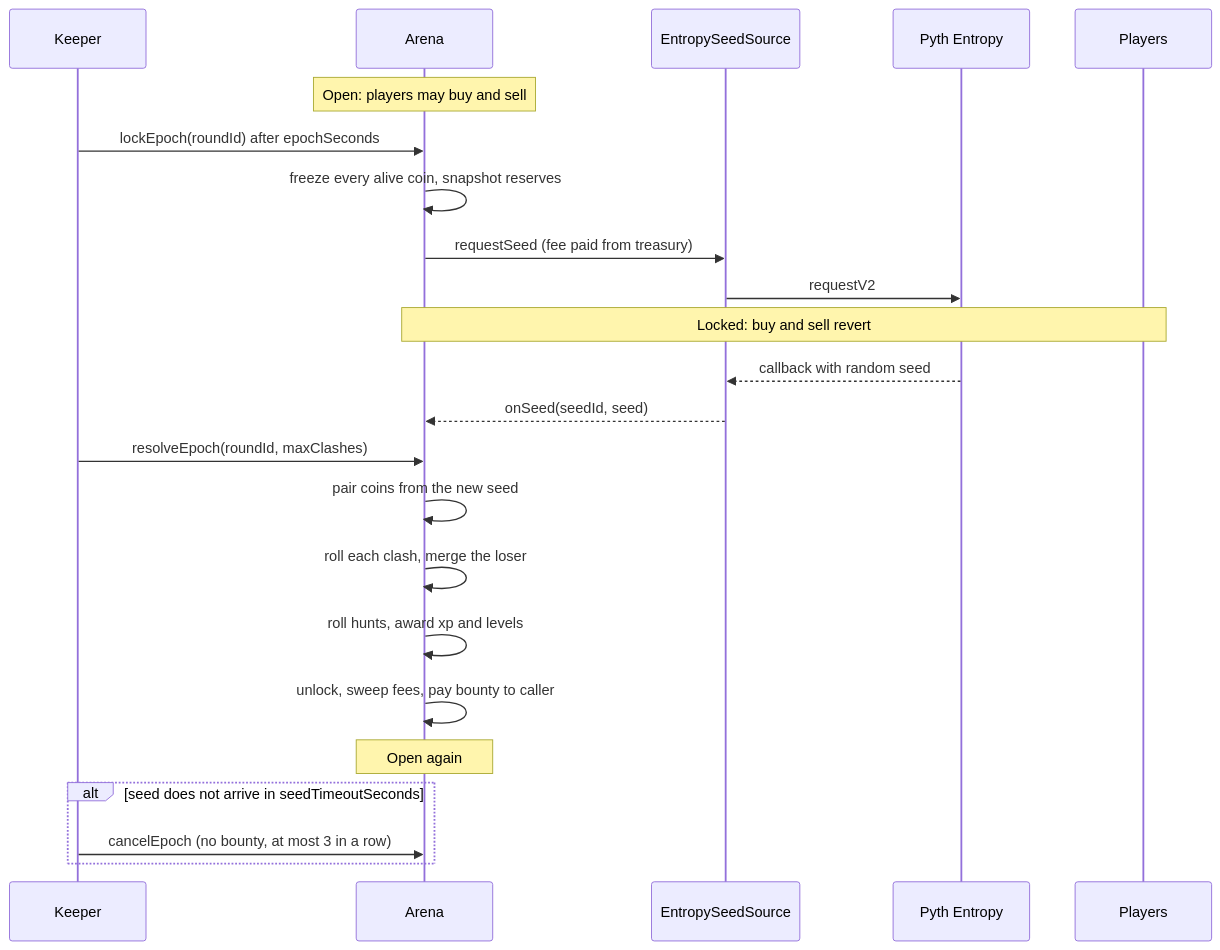
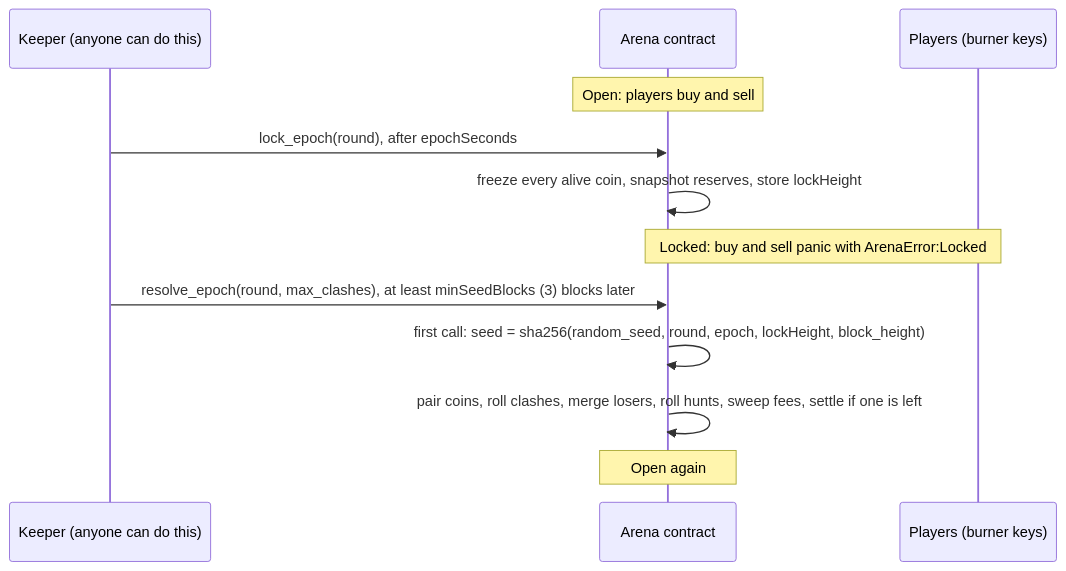
Before and after one commit to Candra0x6/fera.fun: the second of 2 diagrams in README.md, drawn with Mermaid. The commit also changed other lines of this file and 1 other file, not shown here.

````diff
--- a/README.md
+++ b/README.md
@@ -204,25 +148,14 @@
 ```mermaid
 sequenceDiagram
-  participant K as Keeper
-  participant A as Arena
-  participant S as EntropySeedSource
-  participant E as Pyth Entropy
-  participant P as Players
-  Note over A: Open: players may buy and sell
-  K->>A: lockEpoch(roundId)  after epochSeconds
-  A->>A: freeze every alive coin, snapshot reserves
-  A->>S: requestSeed (fee paid from treasury)
-  S->>E: requestV2
-  Note over P,A: Locked: buy and sell revert
-  E-->>S: callback with random seed
-  S-->>A: onSeed(seedId, seed)
-  K->>A: resolveEpoch(roundId, maxClashes)
-  A->>A: pair coins from the new seed
-  A->>A: roll each clash, merge the loser
-  A->>A: roll hunts, award xp and levels
-  A->>A: unlock, sweep fees, pay bounty to caller
+  participant K as Keeper (anyone can do this)
+  participant A as Arena contract
+  participant P as Players (burner keys)
+  Note over A: Open: players buy and sell
+  K->>A: lock_epoch(round), after epochSeconds
+  A->>A: freeze every alive coin, snapshot reserves, store lockHeight
+  Note over P,A: Locked: buy and sell panic with ArenaError:Locked
+  K->>A: resolve_epoch(round, max_clashes), at least minSeedBlocks (3) blocks later
+  A->>A: first call: seed = sha256(random_seed, round, epoch, lockHeight, block_height)
+  A->>A: pair coins, roll clashes, merge losers, roll hunts, sweep fees, settle if one is left
   Note over A: Open again
-  alt seed does not arrive in seedTimeoutSeconds
-    K->>A: cancelEpoch (no bounty, at most 3 in a row)
-  end
 ```
````
